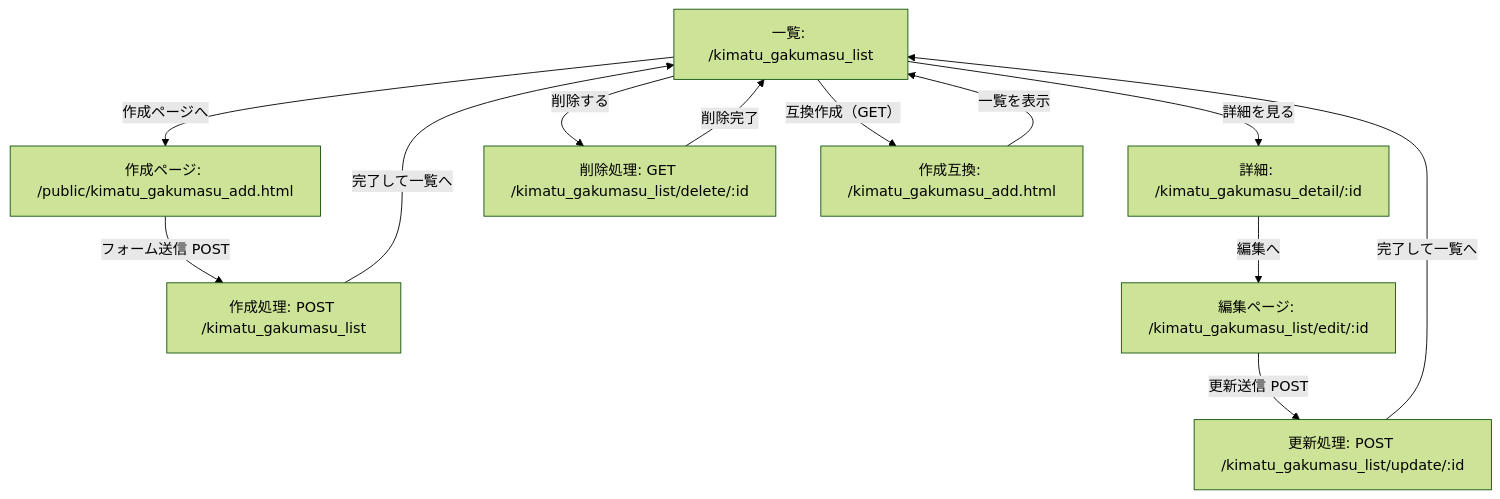
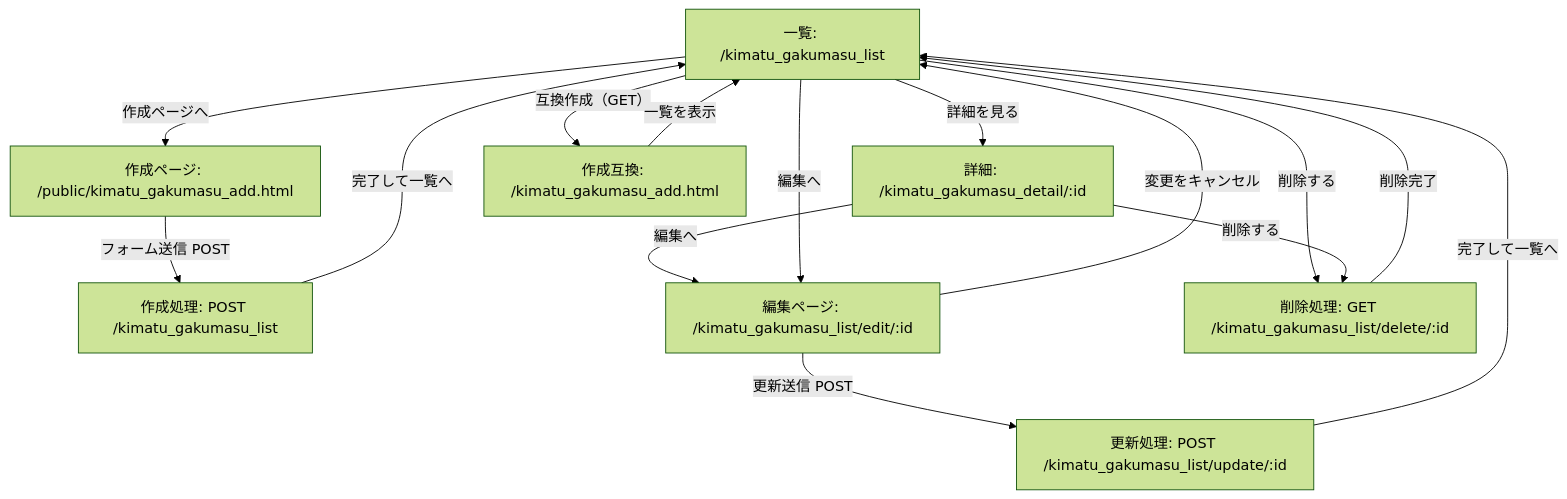
One commit to nazonomikan/webpro_06 changed the diagram in kimatu_gakumasu_flow.md. Above: the diagram before and after it, drawn with Mermaid (forest theme). The commit also changed 13 other files, not shown here.

````diff
--- a/kimatu_gakumasu_flow.md
+++ b/kimatu_gakumasu_flow.md
@@ -1,17 +1,21 @@
 ```mermaid
 flowchart TD
   A[一覧: /kimatu_gakumasu_list] -->|作成ページへ| B[作成ページ: /public/kimatu_gakumasu_add.html]
   B -->|フォーム送信 POST| C[作成処理: POST /kimatu_gakumasu_list]
   C -->|完了して一覧へ| A
 
   A -->|詳細を見る| D[詳細: /kimatu_gakumasu_detail/:id]
   D -->|編集へ| E[編集ページ: /kimatu_gakumasu_list/edit/:id]
   E -->|更新送信 POST| F[更新処理: POST /kimatu_gakumasu_list/update/:id]
   F -->|完了して一覧へ| A
 
   A -->|削除する| G[削除処理: GET /kimatu_gakumasu_list/delete/:id]
   G -->|削除完了| A
 
+  A -->|編集へ| E
+  E -->|変更をキャンセル| A
+  D -->|削除する| G
+
   A -->|互換作成（GET）| H[作成互換: /kimatu_gakumasu_add.html]
   H -->|一覧を表示| A
 ```
````
